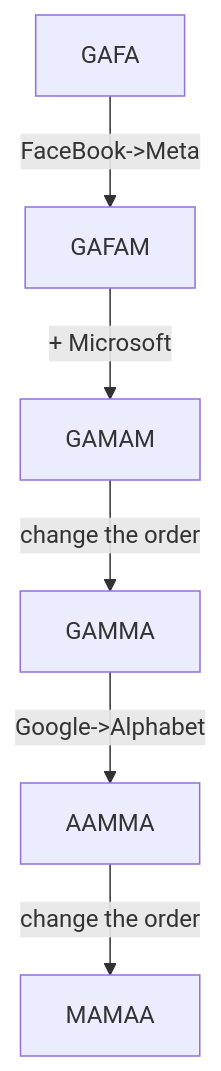
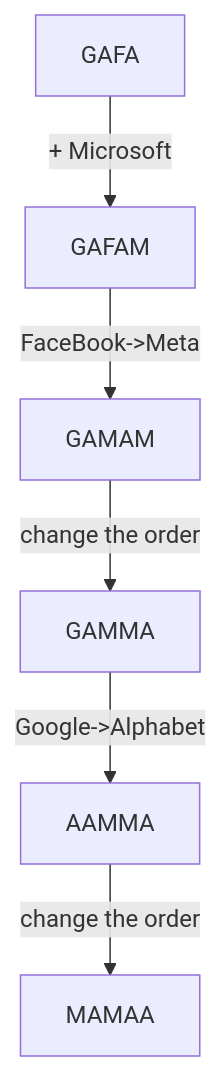
Before and after one commit to bebetakumi/mermaid: the diagram in 遊び用/GAMMA.md, drawn with Mermaid.

````diff
--- a/遊び用/GAMMA.md
+++ b/遊び用/GAMMA.md
@@ -1,6 +1,6 @@
 ```mermaid
 flowchart TD
 
-GAFA -- FaceBook->Meta --> GAFAM -- + Microsoft --> GAMAM -- change the order --> GAMMA -- Google->Alphabet --> AAMMA -- change the order --> MAMAA
+GAFA -- + Microsoft --> GAFAM -- FaceBook->Meta --> GAMAM -- change the order --> GAMMA -- Google->Alphabet --> AAMMA -- change the order --> MAMAA
 
 ```
````
